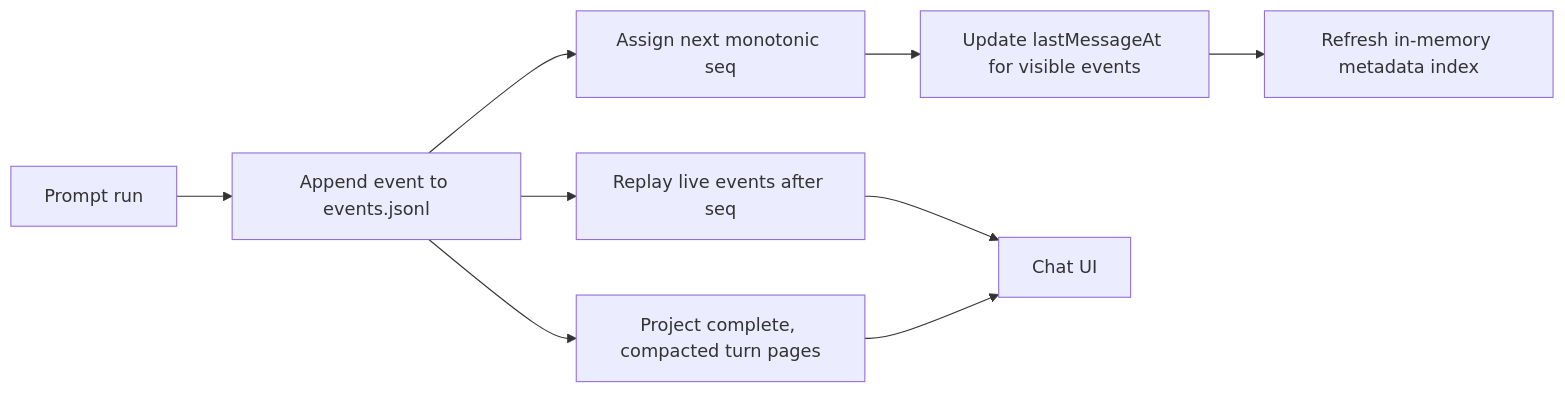
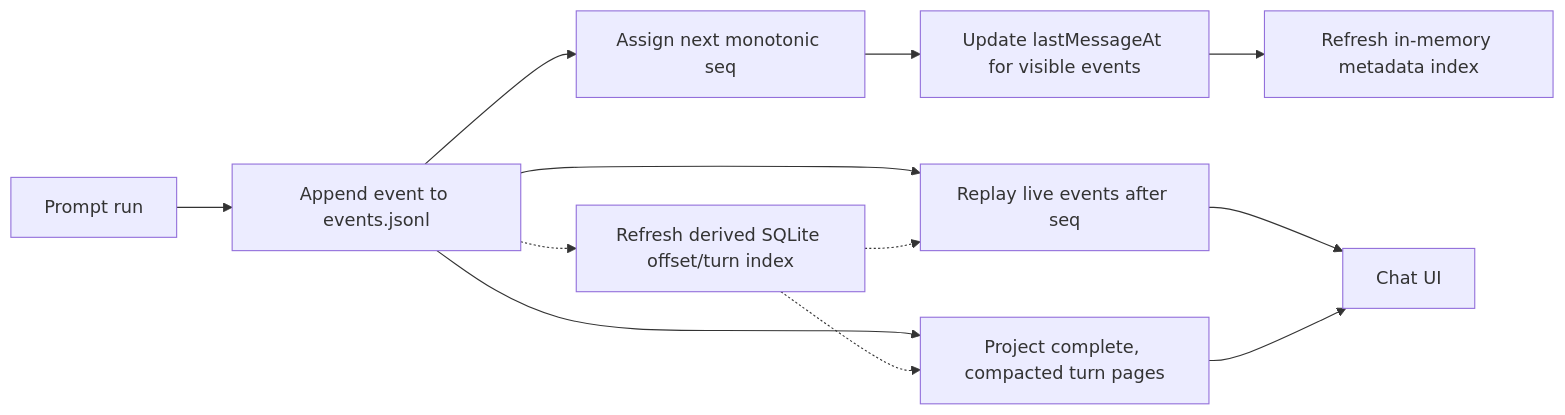
One commit to AbdallahMohamedDotnet/remote.futrx changed the second of 4 diagrams in docs/03-platform/07-data-and-frontend-state.md. Above: the diagram before and after it, drawn with Mermaid. The commit also changed other lines of this file and 2 other files, not shown here.

Commit message:
docs: describe derived chat event index

````diff
--- a/docs/03-platform/07-data-and-frontend-state.md
+++ b/docs/03-platform/07-data-and-frontend-state.md
@@ -104,11 +105,14 @@
 ```mermaid
 flowchart LR
     Run["Prompt run"] --> Append["Append event to events.jsonl"]
     Append --> Seq["Assign next monotonic seq"]
     Seq --> Meta["Update lastMessageAt for visible events"]
     Meta --> Cache["Refresh in-memory metadata index"]
+    Append -.-> Index["Refresh derived SQLite offset/turn index"]
     Append --> Replay["Replay live events after seq"]
     Append --> Transcript["Project complete, compacted turn pages"]
+    Index -.-> Replay
+    Index -.-> Transcript
     Replay --> Client["Chat UI"]
     Transcript --> Client
 ```
````
